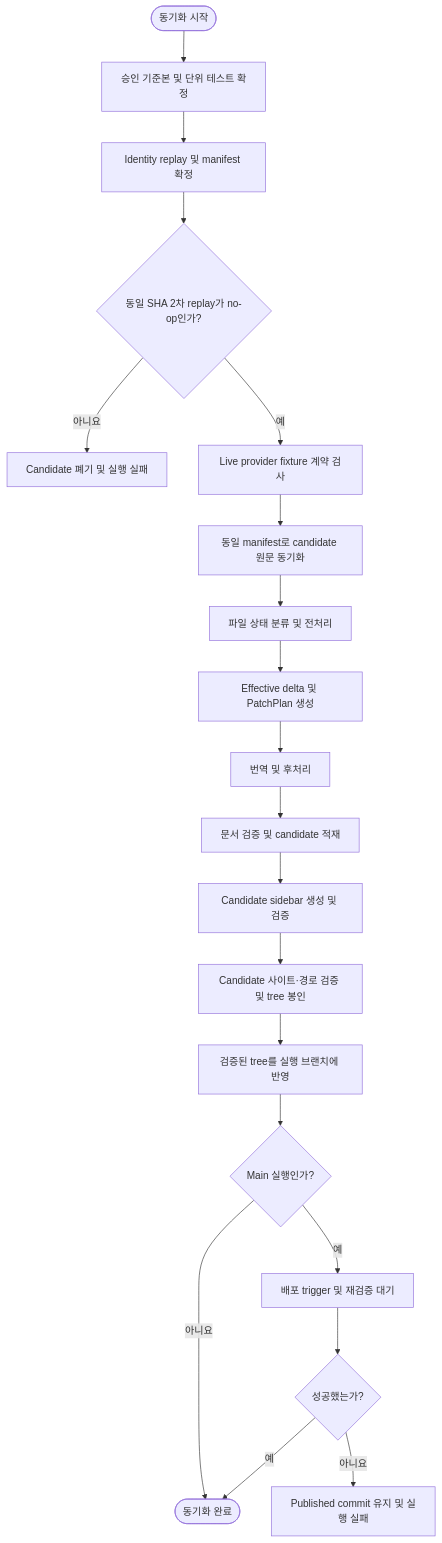
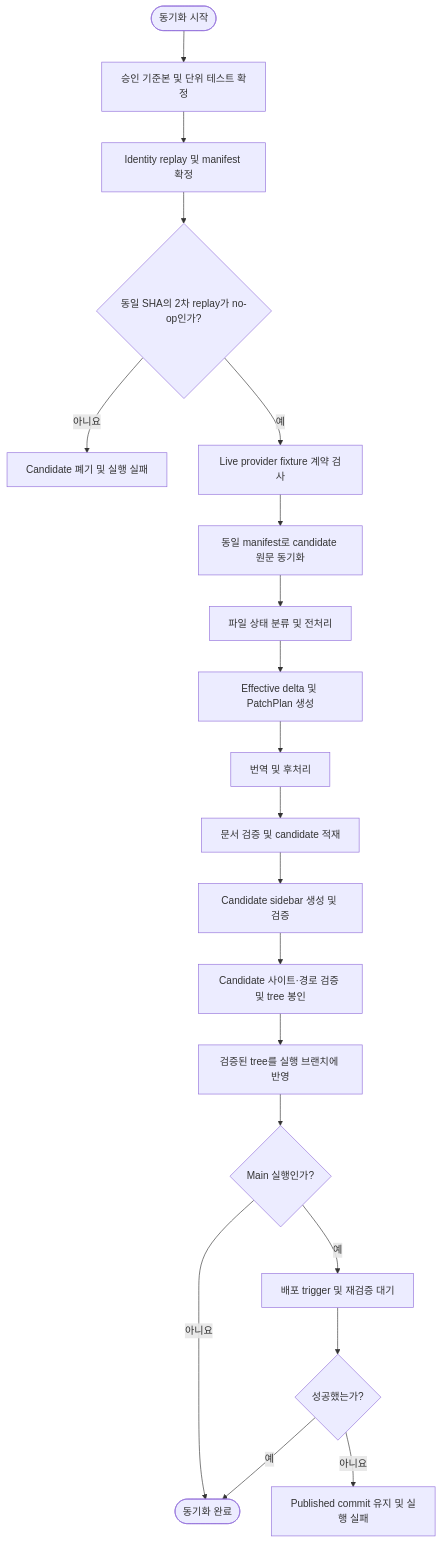
Before and after one commit to letsescape/laravel-docs: the diagram in translation-sync/docs/00-workflow-summary.md, drawn with Mermaid. The commit also changed other lines of this file and 9 other files, not shown here.

````diff
--- a/translation-sync/docs/00-workflow-summary.md
+++ b/translation-sync/docs/00-workflow-summary.md
@@ -9,22 +11,22 @@
 ```mermaid
 flowchart TD
     A([동기화 시작]) --> B[승인 기준본 및 단위 테스트 확정]
     B --> C[Identity replay 및 manifest 확정]
-    C --> D{동일 SHA 2차 replay가 no-op인가?}
+    C --> D{동일 SHA의 2차 replay가 no-op인가?}
     D -- 아니요 --> X[Candidate 폐기 및 실행 실패]
     D -- 예 --> E[Live provider fixture 계약 검사]
     E --> F[동일 manifest로 candidate 원문 동기화]
     F --> G[파일 상태 분류 및 전처리]
     G --> H[Effective delta 및 PatchPlan 생성]
     H --> I[번역 및 후처리]
     I --> J[문서 검증 및 candidate 적재]
     J --> K[Candidate sidebar 생성 및 검증]
     K --> L[Candidate 사이트·경로 검증 및 tree 봉인]
     L --> M[검증된 tree를 실행 브랜치에 반영]
     M --> O{Main 실행인가?}
     O -- 아니요 --> N([동기화 완료])
     O -- 예 --> P[배포 trigger 및 재검증 대기]
     P --> Q{성공했는가?}
     Q -- 예 --> N
     Q -- 아니요 --> Y[Published commit 유지 및 실행 실패]
 ```
````
